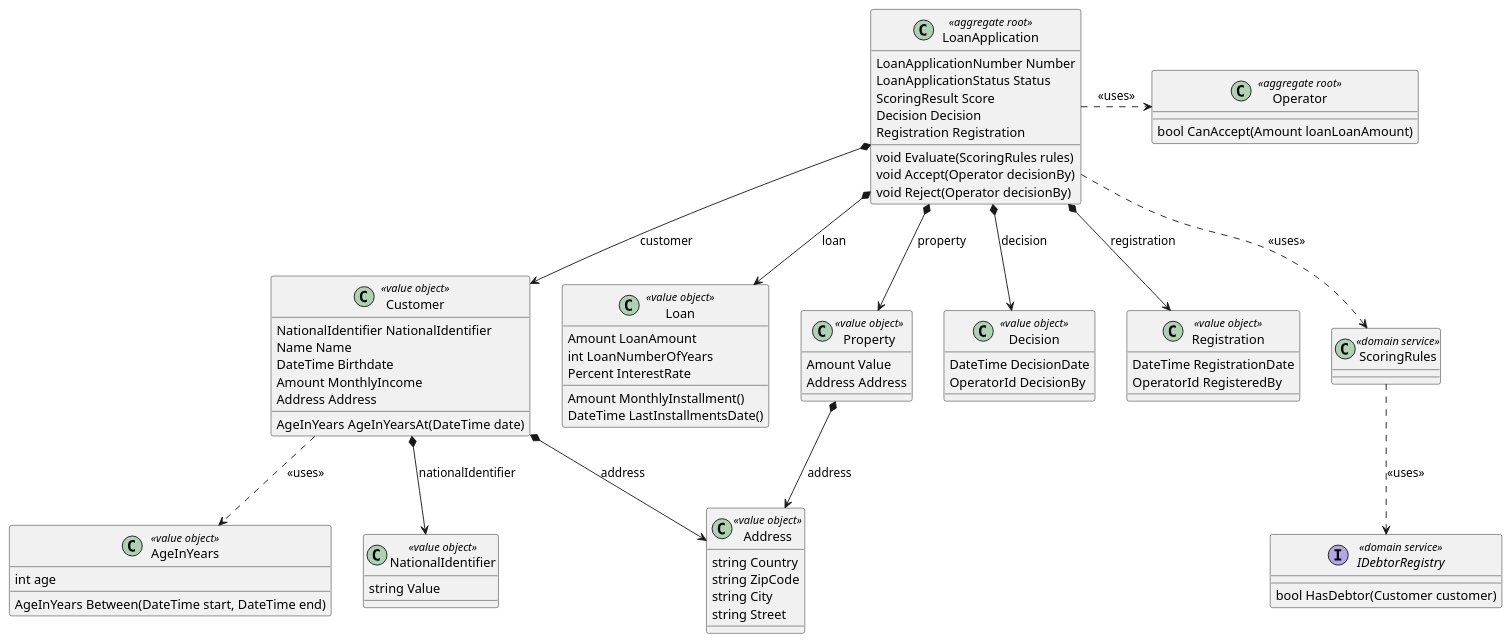
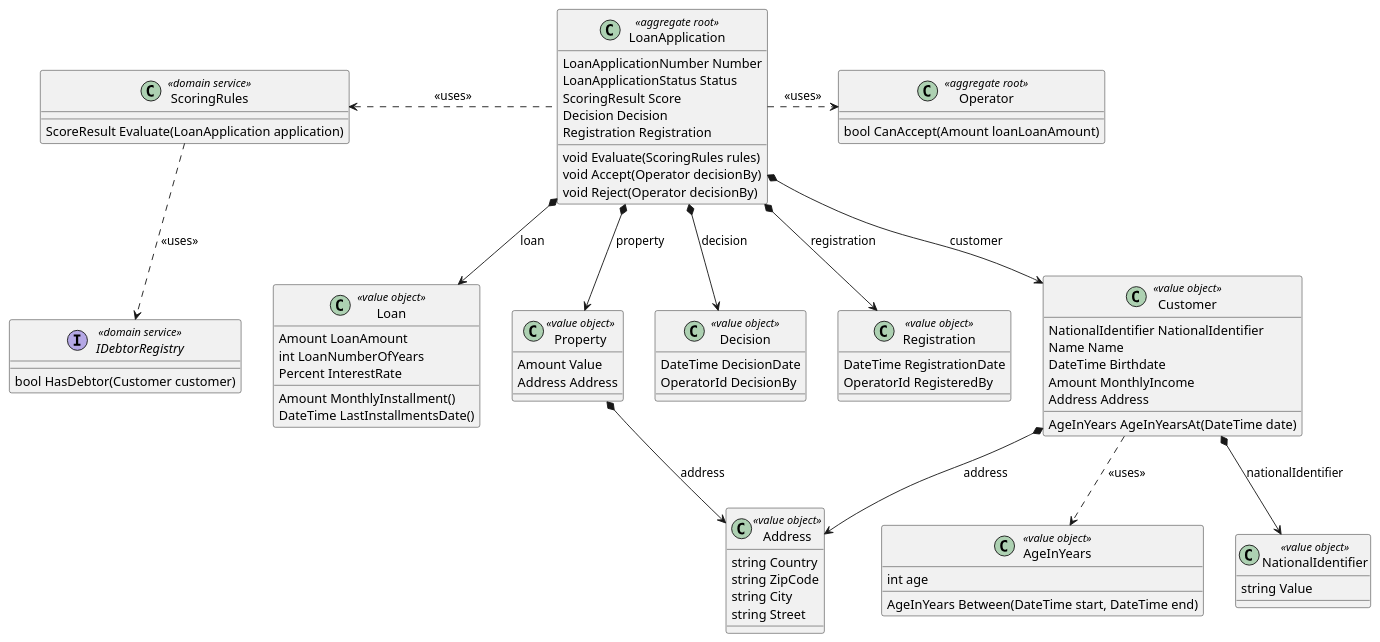
The diagram in docs/aggregates.plantuml (alperhankendi/loanapp), drawn with PlantUML before and after one commit. The commit also changed 1 other file, not shown here.

```diff
--- a/docs/aggregates.plantuml
+++ b/docs/aggregates.plantuml
@@ -1,81 +1,83 @@
 @startuml
 
 class LoanApplication <<aggregate root>> {
     LoanApplicationNumber Number
     LoanApplicationStatus Status
     ScoringResult Score
     Decision Decision
     Registration Registration
-
+    
     void Evaluate(ScoringRules rules)
     void Accept(Operator decisionBy)
     void Reject(Operator decisionBy)
 }
 
 class Customer <<value object>> {
     NationalIdentifier NationalIdentifier
     Name Name
     DateTime Birthdate
     Amount MonthlyIncome
     Address Address
     AgeInYears AgeInYearsAt(DateTime date)
 }
 class Loan <<value object>> {
     Amount LoanAmount
     int LoanNumberOfYears
     Percent InterestRate
 
     Amount MonthlyInstallment()
     DateTime LastInstallmentsDate()
 }
 
 class Property <<value object>> {
     Amount Value
     Address Address
 }
 class Decision <<value object>>{
     DateTime DecisionDate
     OperatorId DecisionBy
 }
 class Registration <<value object>>{
     DateTime RegistrationDate
     OperatorId RegisteredBy
 }
 class Operator <<aggregate root>> {
     bool CanAccept(Amount loanLoanAmount)
 }
 
-class ScoringRules <<domain service>>
+class ScoringRules <<domain service>>{
+ScoreResult Evaluate(LoanApplication application)
+}
 interface IDebtorRegistry <<domain service>>{
     bool HasDebtor(Customer customer)
 }
 class NationalIdentifier <<value object>>{
     string Value 
 }
 class Address <<value object>> {
     string Country 
     string ZipCode 
     string City 
     string Street
 }
 class AgeInYears <<value object>>{
     int age
     AgeInYears Between(DateTime start, DateTime end)
 }
 
 LoanApplication *--> Customer : customer
 LoanApplication *--> Loan : loan
 LoanApplication *--> Property : property
 LoanApplication *--> Decision : decision
 LoanApplication *--> Registration : registration
-LoanApplication ..>  ScoringRules : <<uses>>
+LoanApplication .left.>  ScoringRules : <<uses>>
 LoanApplication .right.>  Operator : <<uses>>
 
 ScoringRules    ..>  IDebtorRegistry : <<uses>>
 
 Customer        *--> NationalIdentifier : nationalIdentifier
 Customer        *--> Address :address
 Customer        ..> AgeInYears : <<uses>>
 Property        *--> Address :address
 
 @enduml
```
